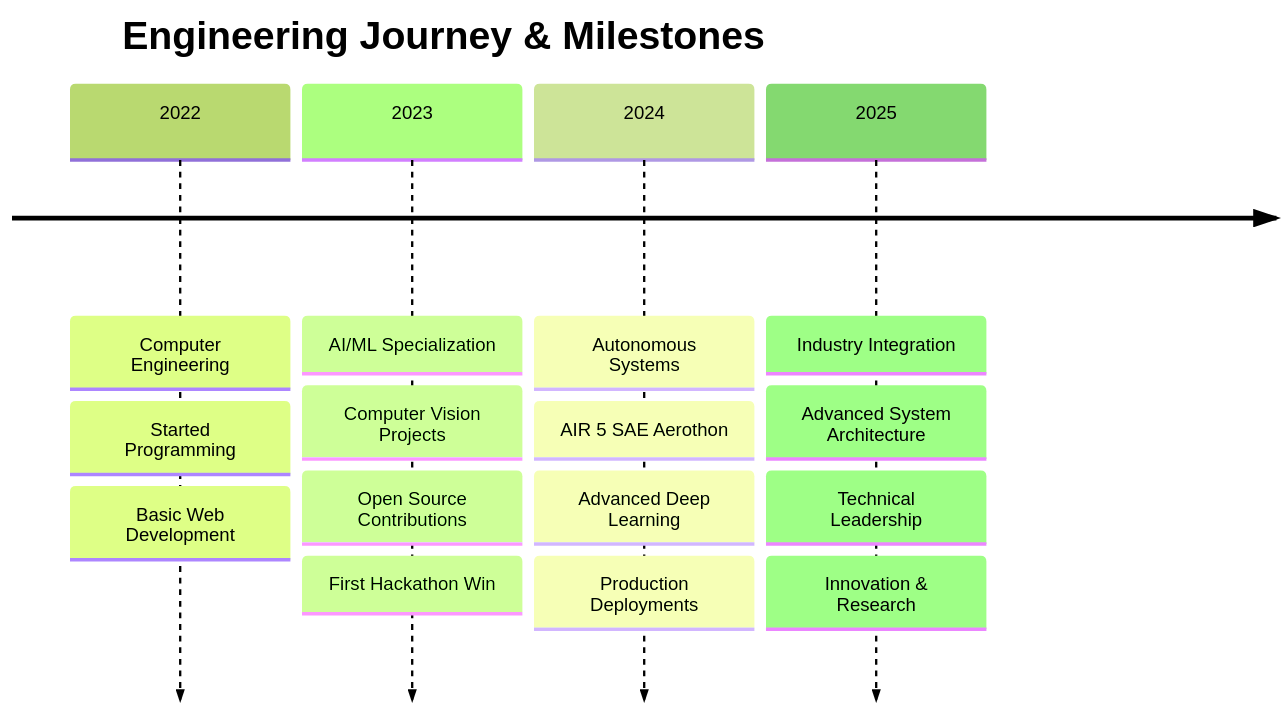
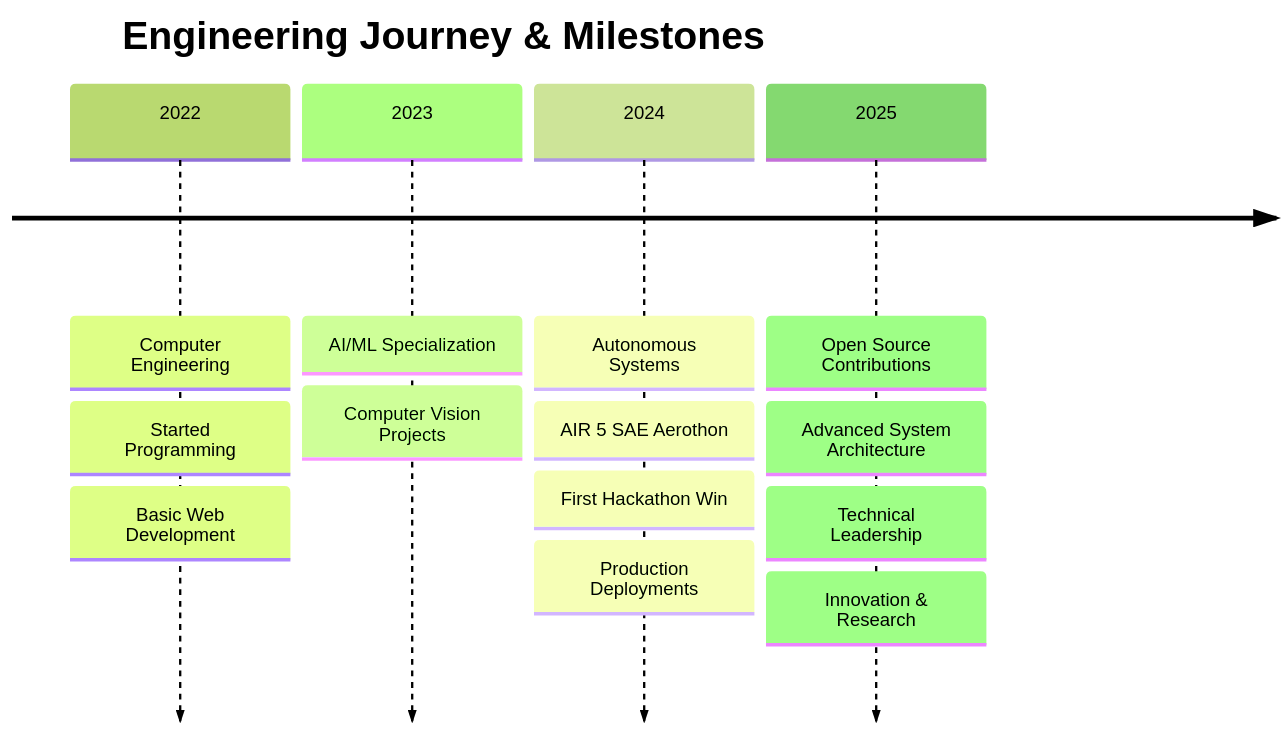
One commit to Shubham07badgujar/Shubham07badgujar changed the diagram in README.md. Above: the diagram before and after it, drawn with Mermaid (forest theme).

Commit message:
Update README.md
update

````diff
--- a/README.md
+++ b/README.md
@@ -211,23 +211,22 @@
 ```mermaid
 timeline
     title Engineering Journey & Milestones
     
     2022 : Computer Engineering
          : Started Programming
          : Basic Web Development
     
     2023 : AI/ML Specialization
          : Computer Vision Projects
-         : Open Source Contributions
-         : First Hackathon Win
+         
     
     2024 : Autonomous Systems
          : AIR 5 SAE Aerothon
-         : Advanced Deep Learning
+         : First Hackathon Win
          : Production Deployments
     
-    2025 : Industry Integration
+    2025 : Open Source Contributions
          : Advanced System Architecture
          : Technical Leadership
          : Innovation & Research
 ```
````
